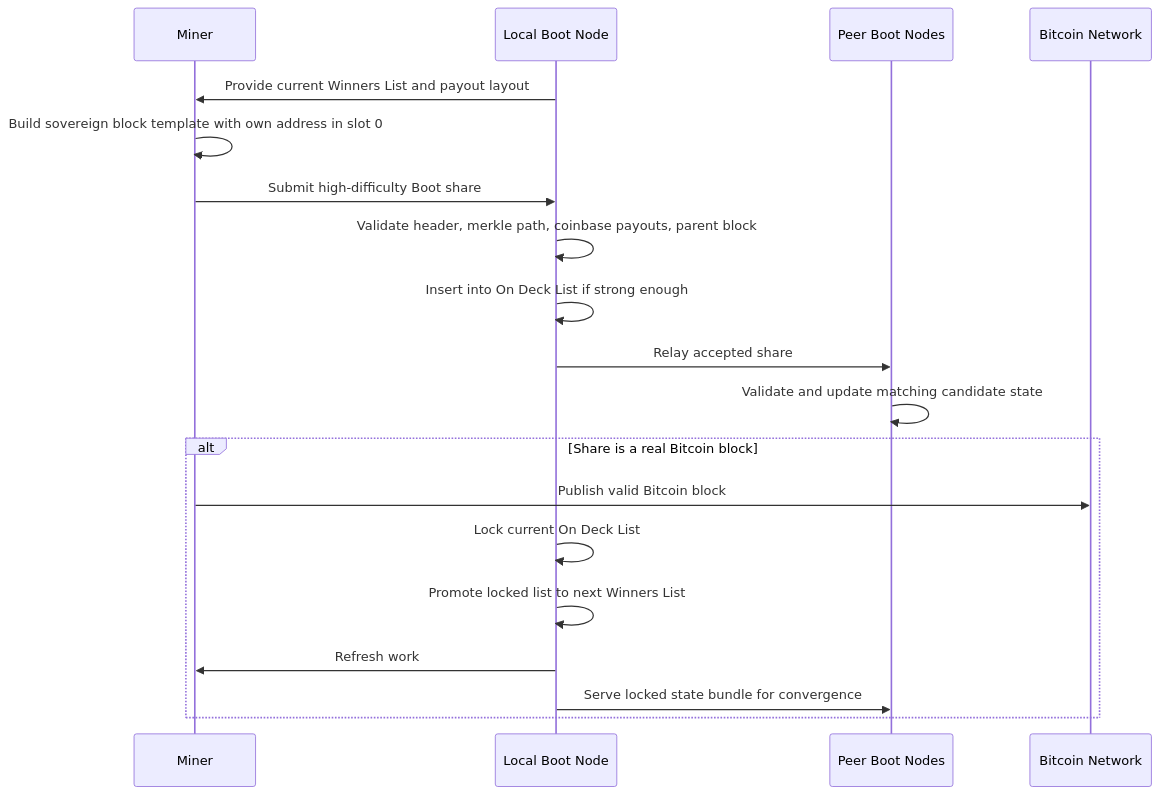
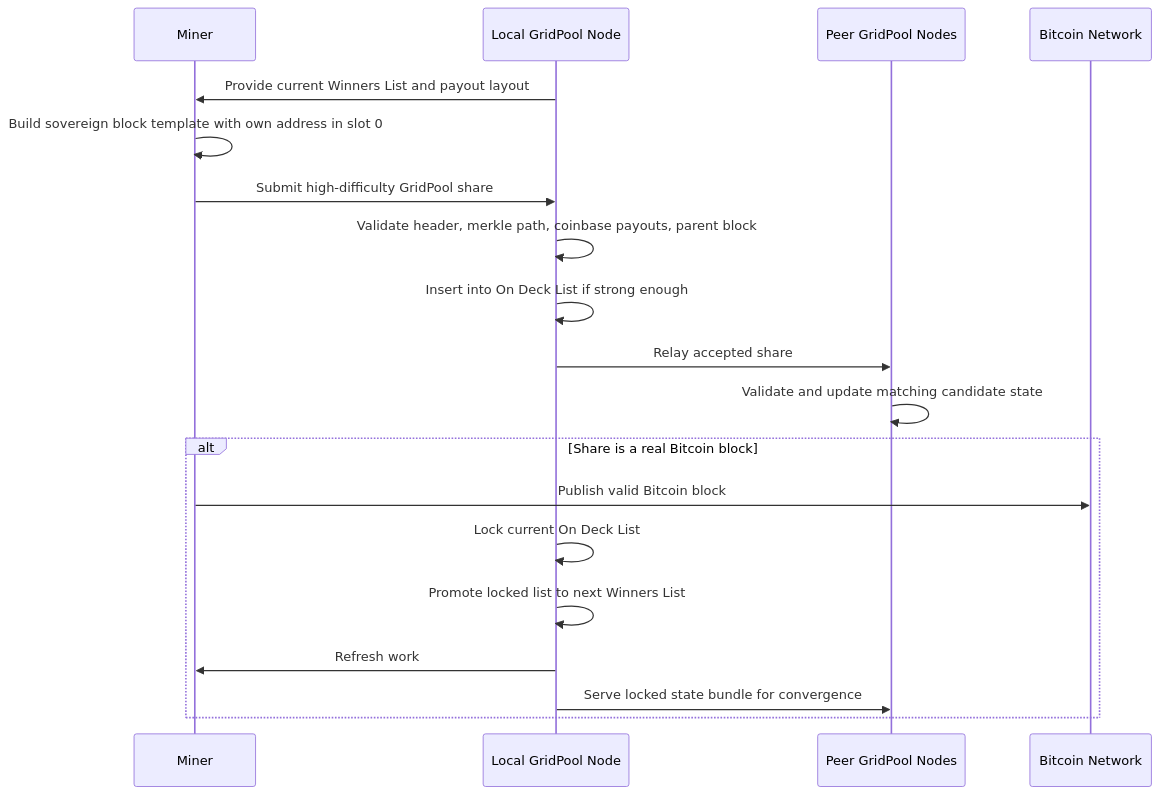
One commit to gridlabs-science/gridpool-blake2b changed the second of 2 diagrams in docs/256-foundation-architecture.md. Above: the diagram before and after it, drawn with Mermaid. The commit also changed other lines of this file and 41 other files, not shown here.

````diff
--- a/docs/256-foundation-architecture.md
+++ b/docs/256-foundation-architecture.md
@@ -32,23 +32,23 @@
 ```mermaid
 sequenceDiagram
     participant Miner
-    participant LocalBoot as Local Boot Node
-    participant Peers as Peer Boot Nodes
+    participant LocalBoot as Local GridPool Node
+    participant Peers as Peer GridPool Nodes
     participant Bitcoin as Bitcoin Network
 
     LocalBoot->>Miner: Provide current Winners List and payout layout
     Miner->>Miner: Build sovereign block template with own address in slot 0
-    Miner->>LocalBoot: Submit high-difficulty Boot share
+    Miner->>LocalBoot: Submit high-difficulty GridPool share
     LocalBoot->>LocalBoot: Validate header, merkle path, coinbase payouts, parent block
     LocalBoot->>LocalBoot: Insert into On Deck List if strong enough
     LocalBoot->>Peers: Relay accepted share
     Peers->>Peers: Validate and update matching candidate state
 
     alt Share is a real Bitcoin block
         Miner->>Bitcoin: Publish valid Bitcoin block
         LocalBoot->>LocalBoot: Lock current On Deck List
         LocalBoot->>LocalBoot: Promote locked list to next Winners List
         LocalBoot->>Miner: Refresh work
         LocalBoot->>Peers: Serve locked state bundle for convergence
     end
 ```
````
